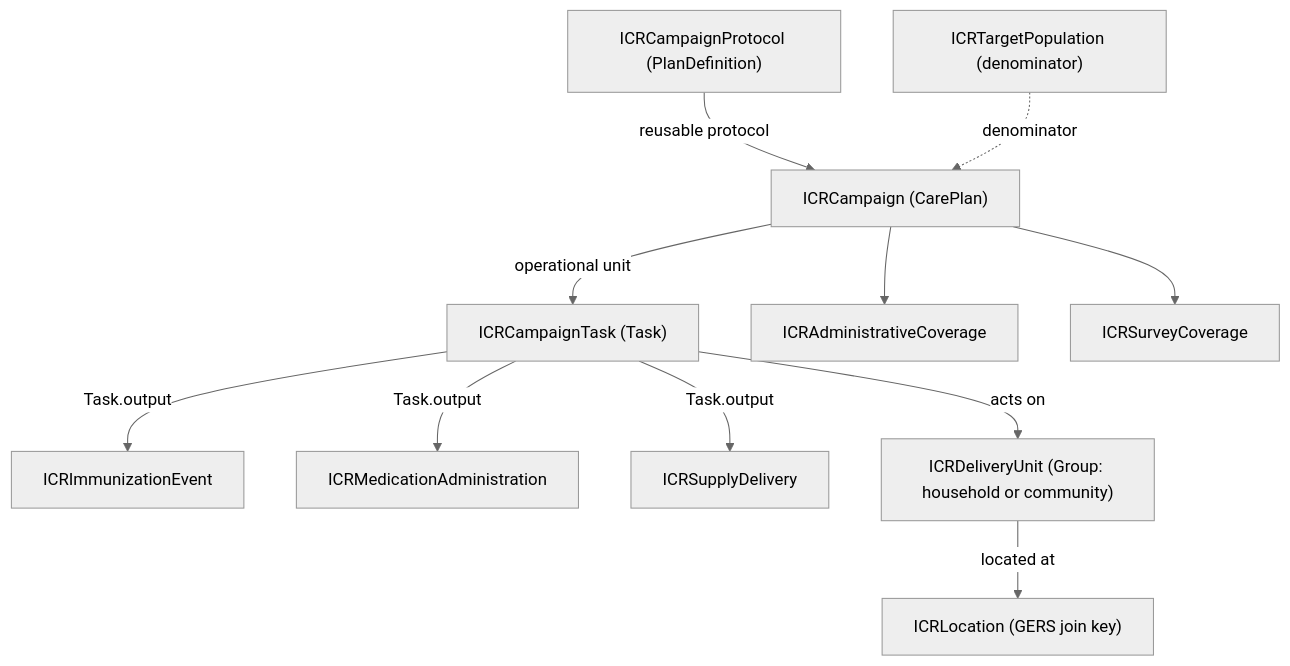
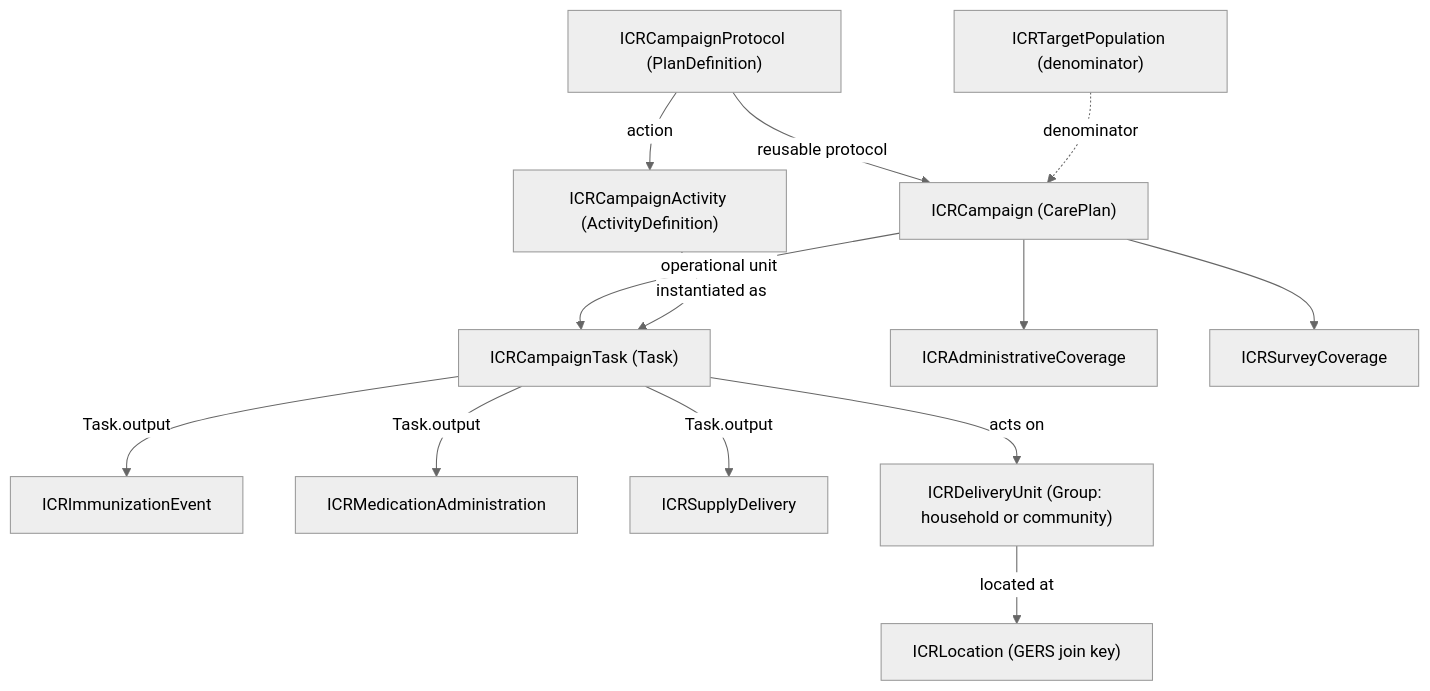
Before and after one commit to recodelabs/icr: the diagram in ig/input/pagecontent/index.md, drawn with Mermaid (neutral theme). The commit also changed other lines of this file and 6 other files, not shown here.

Commit message:
ICR IG v0.1 release round: mandatory denominator-source (+govt-estimate/unknown), estimateDate relaxed to 0..1, Immunization.expirationDate MS, ICRCampaignActivity in model-at-a-glance, supply-driven descoping example trio; align docs to IG source (GRID3)

````diff
--- a/ig/input/pagecontent/index.md
+++ b/ig/input/pagecontent/index.md
@@ -57,13 +57,15 @@
 ```mermaid
 graph TD
   PD["ICRCampaignProtocol (PlanDefinition)"] -->|reusable protocol| CP["ICRCampaign (CarePlan)"]
+  PD -->|action| AD["ICRCampaignActivity (ActivityDefinition)"]
   CP -->|operational unit| TASK["ICRCampaignTask (Task)"]
+  AD -->|instantiated as| TASK
   TASK -->|Task.output| IMM["ICRImmunizationEvent"]
   TASK -->|Task.output| MA["ICRMedicationAdministration"]
   TASK -->|Task.output| SD["ICRSupplyDelivery"]
   TASK -->|acts on| DU["ICRDeliveryUnit (Group: household or community)"]
   DU -->|located at| LOC["ICRLocation (GERS join key)"]
   TP["ICRTargetPopulation (denominator)"] -.->|denominator| CP
   CP --> AC["ICRAdministrativeCoverage"]
   CP --> SC["ICRSurveyCoverage"]
 ```
````
